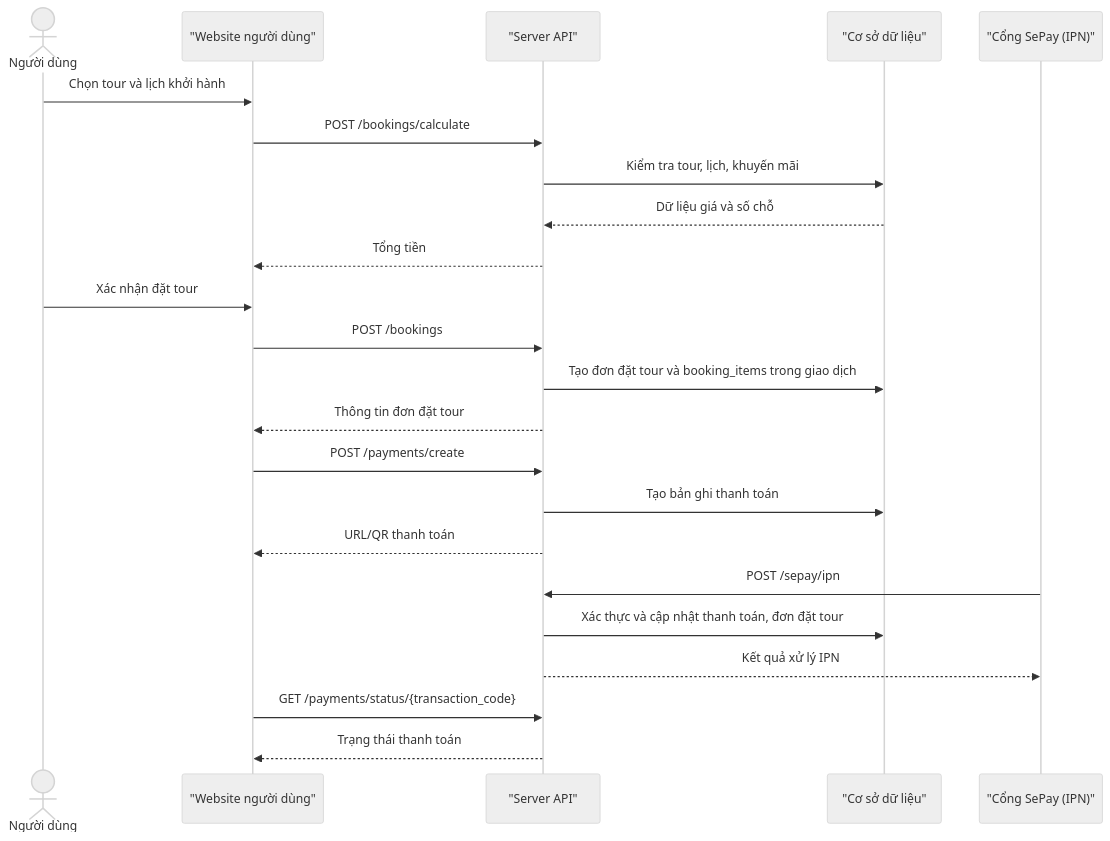
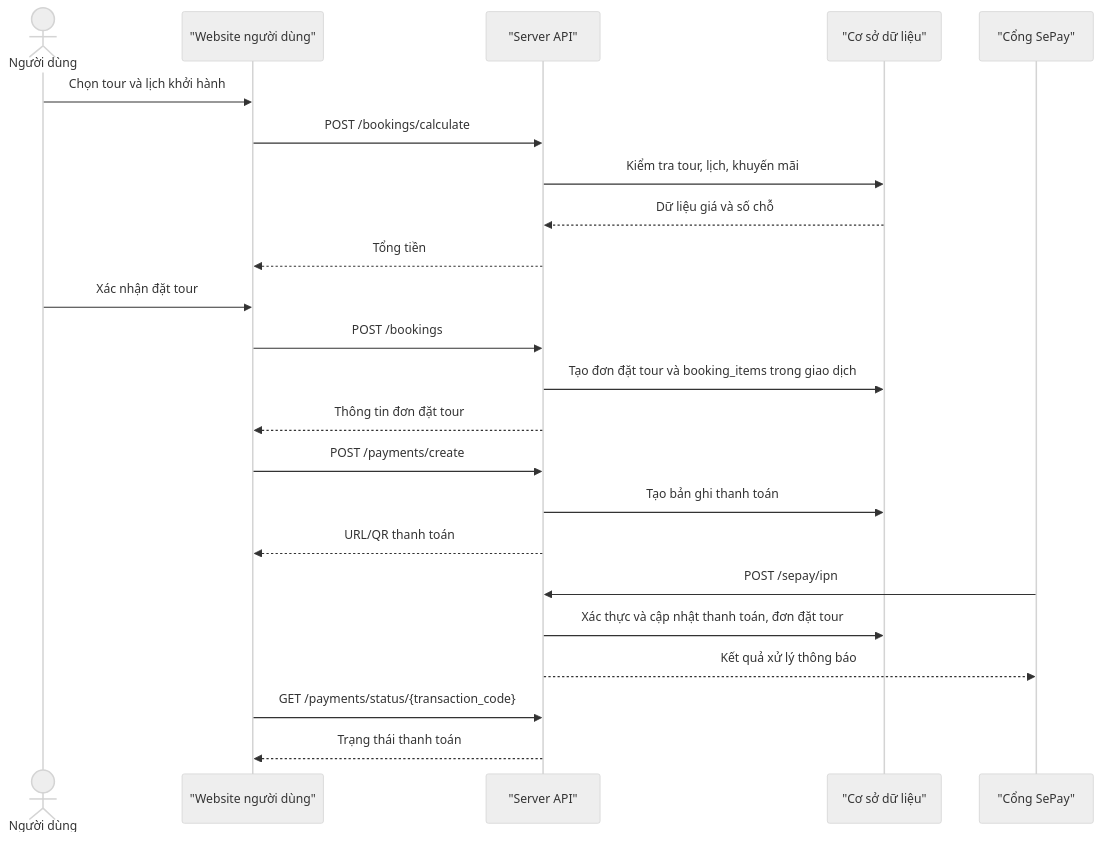
Before and after one commit to TayDuyNguyen/DATN_Document: the fourth of 9 diagrams in bao-cao-do-an-danangtrip-md/03_chuong_2_phan_tich_thiet_ke_he_thong.md, drawn with Mermaid (neutral theme). The commit also changed other lines of this file and 9 other files, not shown here.

````diff
--- a/bao-cao-do-an-danangtrip-md/03_chuong_2_phan_tich_thiet_ke_he_thong.md
+++ b/bao-cao-do-an-danangtrip-md/03_chuong_2_phan_tich_thiet_ke_he_thong.md
@@ -369,26 +369,26 @@
 ```mermaid
 sequenceDiagram
     actor U as Người dùng
     participant W as "Website người dùng"
     participant API as "Server API"
     participant DB as "Cơ sở dữ liệu"
-    participant Pay as "Cổng SePay (IPN)"
+    participant Pay as "Cổng SePay"
 
     U->>W: Chọn tour và lịch khởi hành
     W->>API: POST /bookings/calculate
     API->>DB: Kiểm tra tour, lịch, khuyến mãi
     DB-->>API: Dữ liệu giá và số chỗ
     API-->>W: Tổng tiền
     U->>W: Xác nhận đặt tour
     W->>API: POST /bookings
     API->>DB: Tạo đơn đặt tour và booking_items trong giao dịch
     API-->>W: Thông tin đơn đặt tour
     W->>API: POST /payments/create
     API->>DB: Tạo bản ghi thanh toán
     API-->>W: URL/QR thanh toán
     Pay->>API: POST /sepay/ipn
     API->>DB: Xác thực và cập nhật thanh toán, đơn đặt tour
-    API-->>Pay: Kết quả xử lý IPN
+    API-->>Pay: Kết quả xử lý thông báo
     W->>API: GET /payments/status/{transaction_code}
     API-->>W: Trạng thái thanh toán
 ```
````
